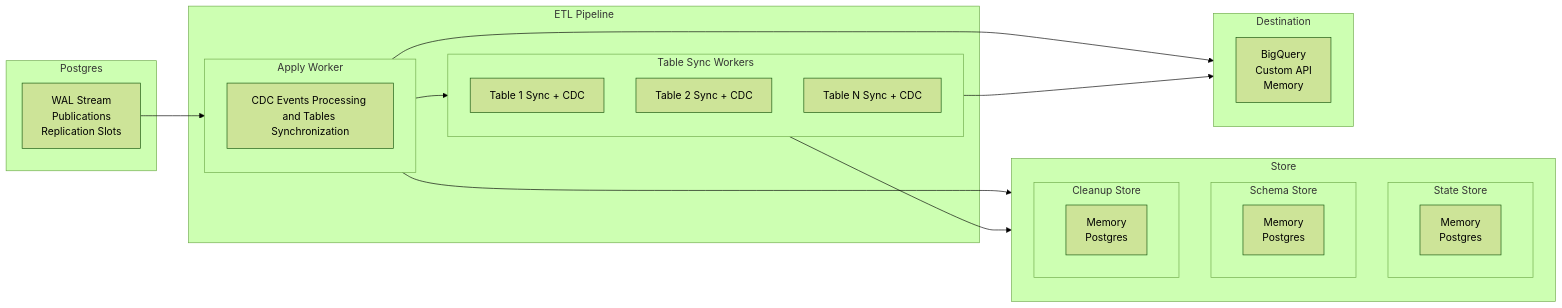
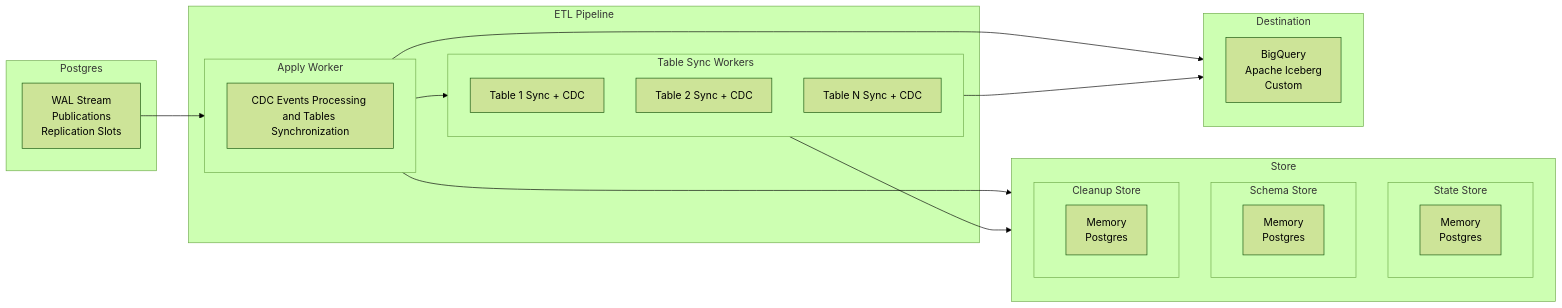
Before and after one commit to supabase/etl: the diagram in docs/explanation/architecture.md, drawn with Mermaid (forest theme). The commit also changed 10 other files, not shown here.

````diff
--- a/docs/explanation/architecture.md
+++ b/docs/explanation/architecture.md
@@ -9,45 +9,45 @@
 ```mermaid
 flowchart LR
     subgraph Postgres
         A["WAL Stream<br>Publications<br>Replication Slots"]
     end
 
     subgraph ETL_Pipeline[ETL Pipeline]
         subgraph ApplyWorker[Apply Worker]
             B1["CDC Events Processing and Tables Synchronization"]
         end
 
         subgraph TableSyncWorkers[Table Sync Workers]
             B2["Table 1 Sync + CDC"]
             B3["Table 2 Sync + CDC"]
             B4["Table N Sync + CDC"]
         end
     end
 
     subgraph Destination[Destination]
-        Dest["BigQuery<br>Custom API<br>Memory"]
+        Dest["BigQuery<br>Apache Iceberg<br>Custom"]
     end
 
     subgraph Store[Store]
         subgraph StateStore[State Store]
             D1["Memory<br>Postgres"]
         end
 
         subgraph SchemaStore[Schema Store]
             D2["Memory<br>Postgres"]
         end
 
         subgraph CleanupStore[Cleanup Store]
             D3["Memory<br>Postgres"]
         end
     end
 
     A --> ApplyWorker
     ApplyWorker --> TableSyncWorkers
 
     ApplyWorker --> Destination
     TableSyncWorkers --> Destination
 
     ApplyWorker --> Store
     TableSyncWorkers --> Store
 ```
````
